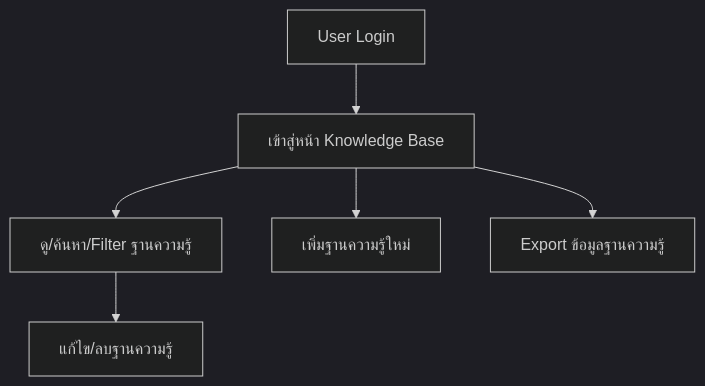
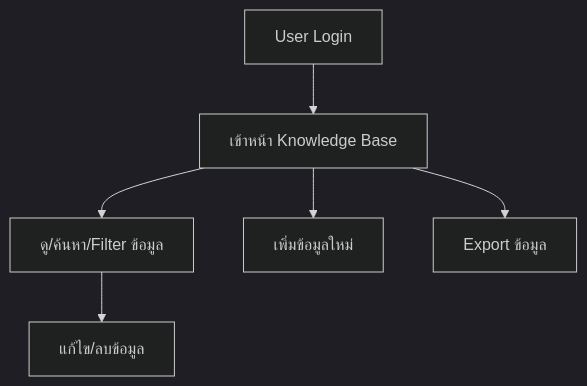
Before and after one commit to Atiz-Innovation/EaseMe: the diagram in docs/support/knowledge-base/flow-diagram.md, drawn with Mermaid (dark theme). The commit also changed other lines of this file and 20 other files, not shown here.

````diff
--- a/docs/support/knowledge-base/flow-diagram.md
+++ b/docs/support/knowledge-base/flow-diagram.md
@@ -3,8 +3,8 @@
 ```mermaid
 flowchart TD
-    A[User Login] --> B[เข้าสู่หน้า Knowledge Base]
-    B --> C[ดู/ค้นหา/Filter ฐานความรู้]
-    B --> D[เพิ่มฐานความรู้ใหม่]
-    C --> E[แก้ไข/ลบฐานความรู้]
-    B --> F[Export ข้อมูลฐานความรู้]
+    A[User Login] --> B[เข้าหน้า Knowledge Base]
+    B --> C[ดู/ค้นหา/Filter ข้อมูล]
+    B --> D[เพิ่มข้อมูลใหม่]
+    C --> E[แก้ไข/ลบข้อมูล]
+    B --> F[Export ข้อมูล]
 ```
````
